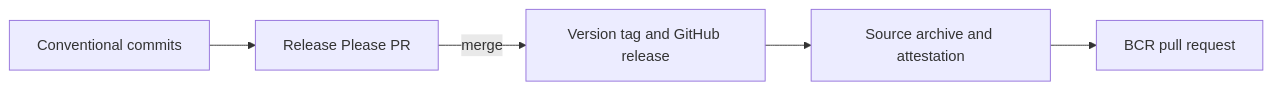
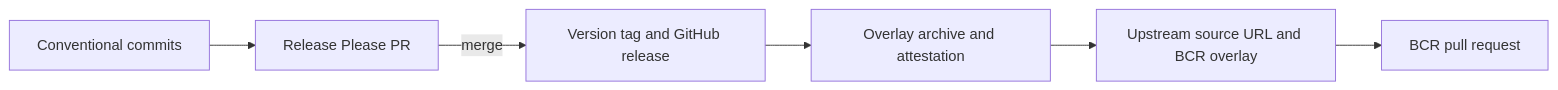
Before and after one commit to formatjs/hermes: the diagram in docs/releasing.md, drawn with Mermaid. The commit also changed other lines of this file and 15 other files, not shown here.

Commit message:
fix: publish Hermes with native BCR overlay

````diff
--- a/docs/releasing.md
+++ b/docs/releasing.md
@@ -31,7 +31,8 @@
 ```mermaid
 flowchart LR
   commit[Conventional commits] --> pr[Release Please PR]
   pr -->|merge| tag[Version tag and GitHub release]
-  tag --> assets[Source archive and attestation]
-  assets --> bcr[BCR pull request]
+  tag --> assets[Overlay archive and attestation]
+  assets --> entry[Upstream source URL and BCR overlay]
+  entry --> bcr[BCR pull request]
 ```
````
